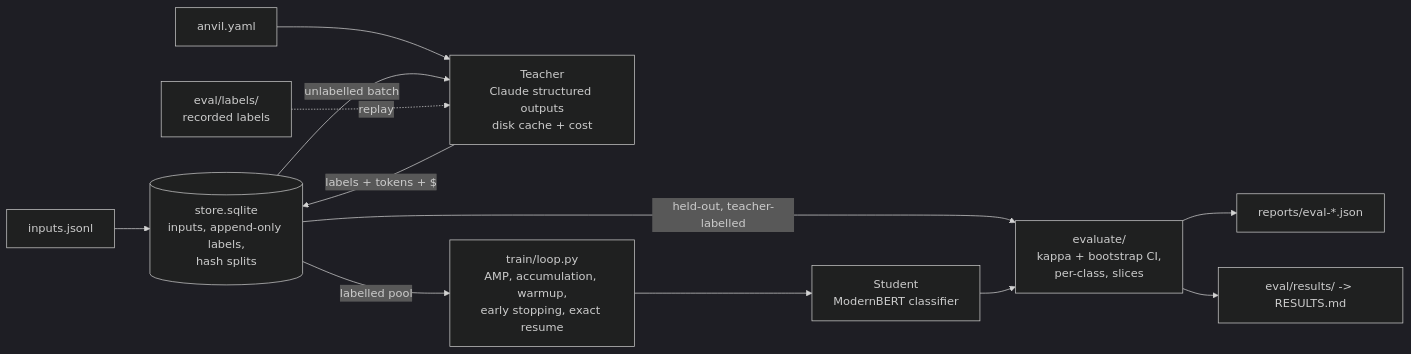
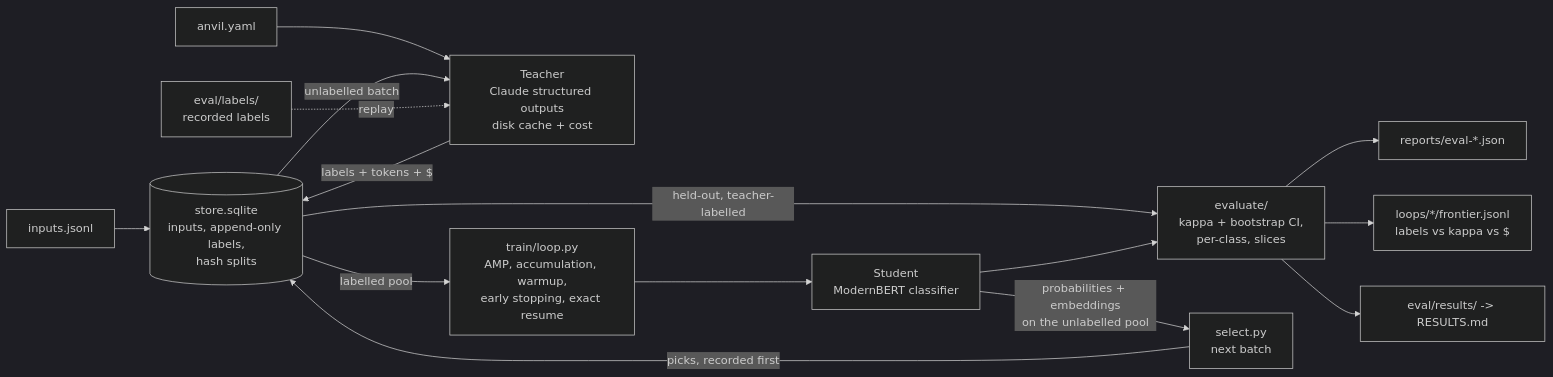
One commit to TheAsianFish/anvil changed the diagram in README.md. Above: the diagram before and after it, drawn with Mermaid (dark theme). The commit also changed other lines of this file and 35 other files, not shown here.

First line of the commit message:
M3: Active learning and the frontier — `select.py` interface with the `random` baseline, property tests and  (#4)

````diff
--- a/README.md
+++ b/README.md
@@ -99,14 +107,17 @@
 ```mermaid
 flowchart LR
     I[inputs.jsonl] --> ST[(store.sqlite<br/>inputs, append-only labels,<br/>hash splits)]
     SPEC[anvil.yaml] --> T
     ST -->|unlabelled batch| T[Teacher<br/>Claude structured outputs<br/>disk cache + cost]
     T -->|labels + tokens + $| ST
     ST -->|labelled pool| TR[train/loop.py<br/>AMP, accumulation, warmup,<br/>early stopping, exact resume]
     TR --> S[Student<br/>ModernBERT classifier]
     ST -->|held-out, teacher-labelled| EV[evaluate/<br/>kappa + bootstrap CI,<br/>per-class, slices]
     S --> EV
     EV --> R[reports/eval-*.json]
+    S -->|probabilities + embeddings<br/>on the unlabelled pool| SEL[select.py<br/>next batch]
+    SEL -->|picks, recorded first| ST
+    EV --> FR[loops/*/frontier.jsonl<br/>labels vs kappa vs $]
     LF[eval/labels/<br/>recorded labels] -.->|replay| T
     EV --> RES[eval/results/ -> RESULTS.md]
 ```
````
